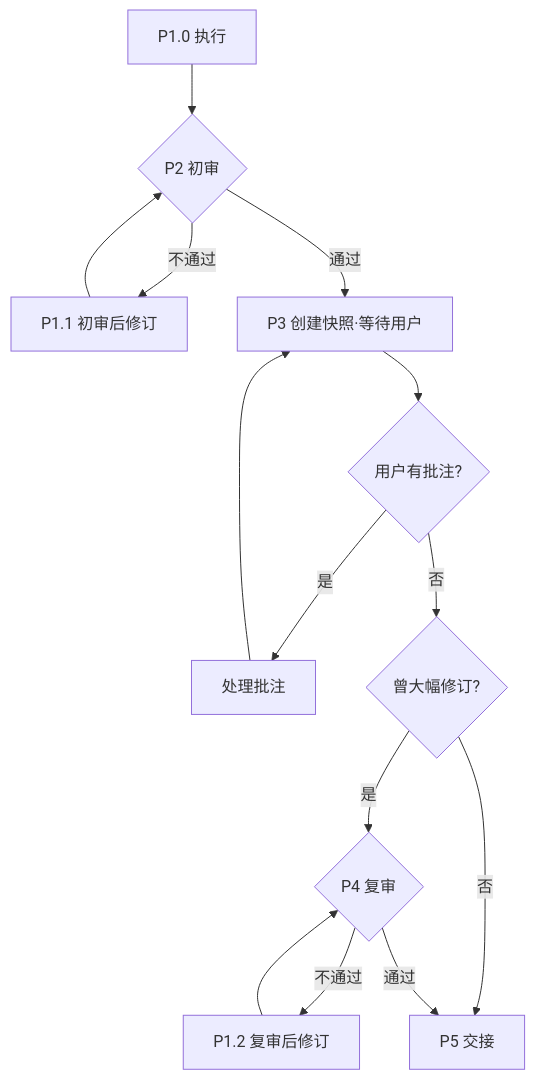
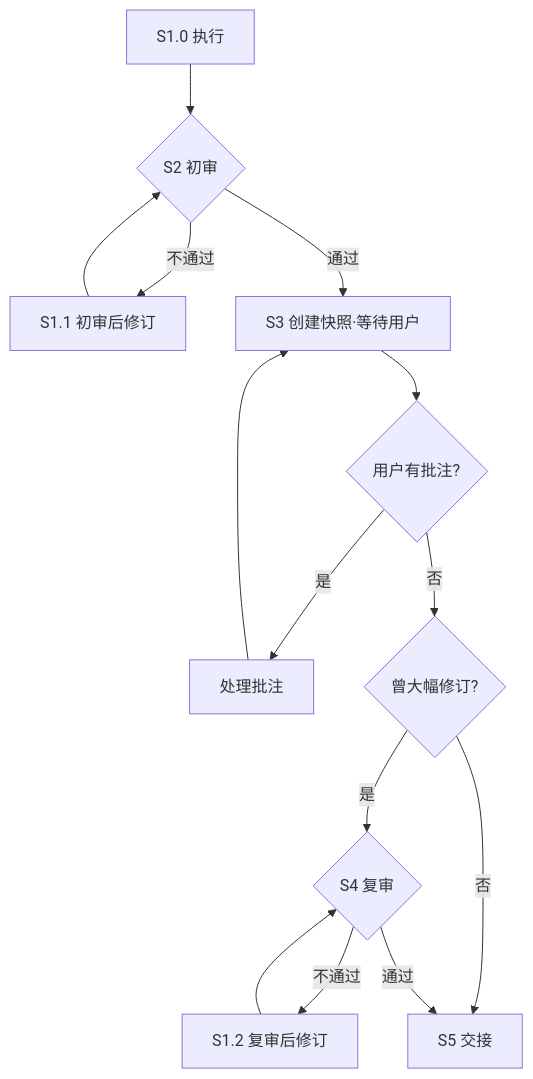
One commit to aiimoyu/hyper-designer changed the diagram in src/builtin/skills/hd-review-pipeline/SKILL.md. Above: the diagram before and after it, drawn with Mermaid. The commit also changed other lines of this file and 13 other files, not shown here.

````diff
--- a/src/builtin/skills/hd-review-pipeline/SKILL.md
+++ b/src/builtin/skills/hd-review-pipeline/SKILL.md
@@ -30,13 +30,13 @@
 ```mermaid
 graph TD
-    P1_0[P1.0 执行] --> P2{P2 初审}
-    P2 -- 不通过 --> P1_1[P1.1 初审后修订] --> P2
-    P2 -- 通过 --> P3[P3 创建快照·等待用户]
-    P3 --> P3d{用户有批注?}
-    P3d -- 是 --> P3fix[处理批注] --> P3
-    P3d -- 否 --> P3r{曾大幅修订?}
-    P3r -- 是 --> P4{P4 复审}
-    P3r -- 否 --> P5[P5 交接]
-    P4 -- 不通过 --> P1_2[P1.2 复审后修订] --> P4
-    P4 -- 通过 --> P5
+    P1_0[S1.0 执行] --> S2{S2 初审}
+    S2 -- 不通过 --> P1_1[S1.1 初审后修订] --> S2
+    S2 -- 通过 --> S3[S3 创建快照·等待用户]
+    S3 --> S3d{用户有批注?}
+    S3d -- 是 --> S3fix[处理批注] --> S3
+    S3d -- 否 --> S3r{曾大幅修订?}
+    S3r -- 是 --> S4{S4 复审}
+    S3r -- 否 --> S5[S5 交接]
+    S4 -- 不通过 --> P1_2[S1.2 复审后修订] --> S4
+    S4 -- 通过 --> S5
 ```
````
